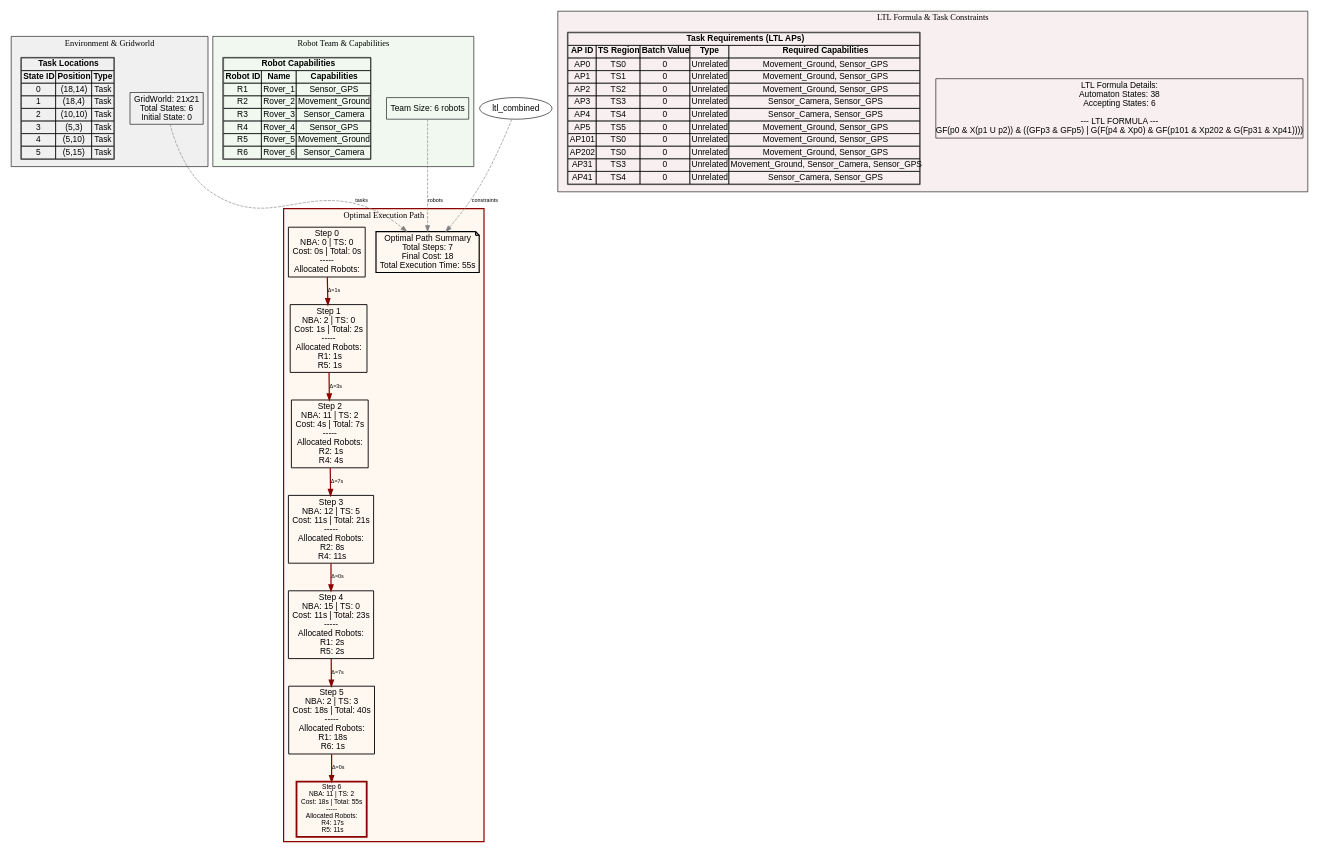
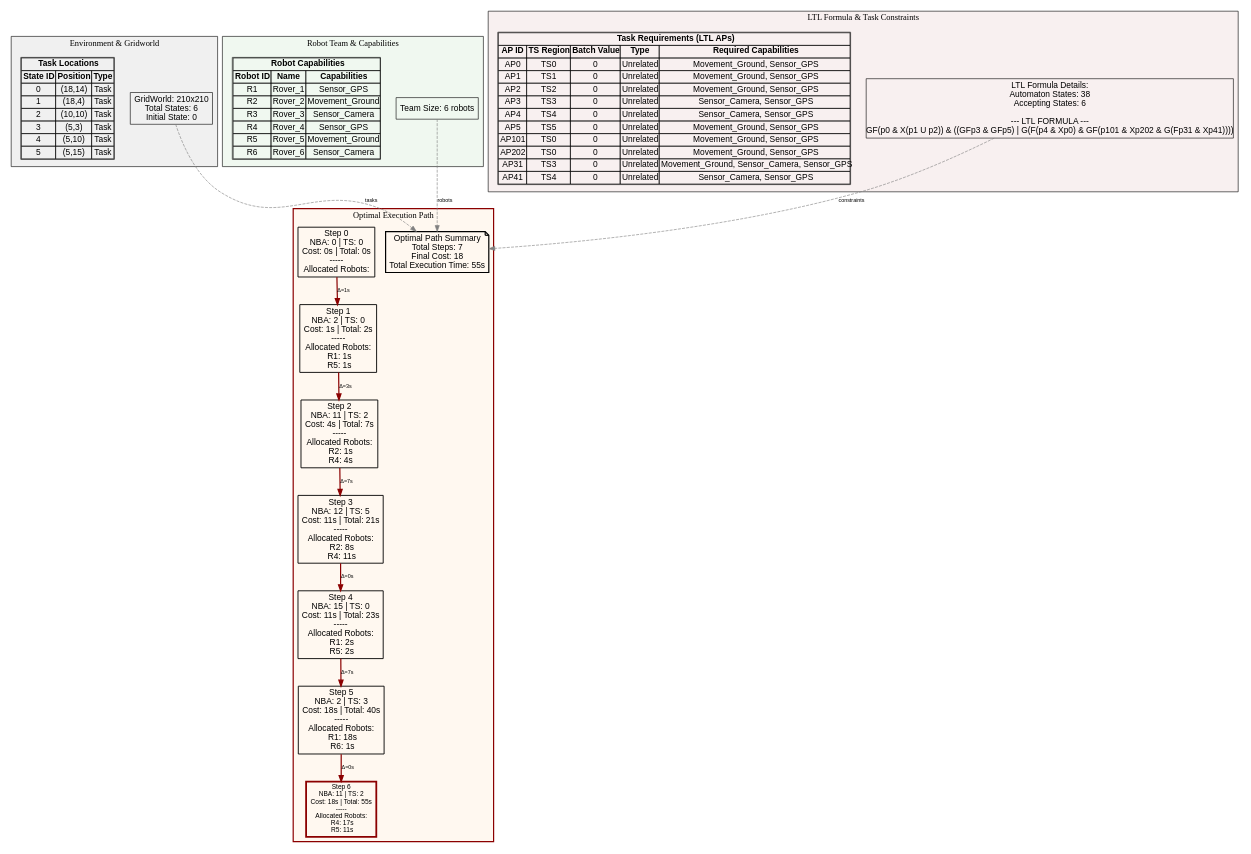
Before and after one commit to jrourke48/HMRTA_TS_GENERATION: the diagram in MCTB-PDT/organizedtests/output/automaton_test_6robots_6_path.dot.dot, drawn with Graphviz. The commit also changed 126 other files, not shown here.

```diff
--- a/MCTB-PDT/organizedtests/output/automaton_test_6robots_6_path.dot.dot
+++ b/MCTB-PDT/organizedtests/output/automaton_test_6robots_6_path.dot.dot
@@ -1,107 +1,107 @@
 digraph ComprehensiveOptimalPath {
   rankdir=TB;
   concentrate=true;
   node [fontname=Arial];
   edge [fontname=Arial, fontsize=9];
 
   subgraph cluster_environment {
     label="Environment & Gridworld";
     style=filled;
     fillcolor="#F0F0F0";
     color=black;
 
-    env_info [shape=box, label="GridWorld: 21x21\nTotal States: 6\nInitial State: 0\n", fillcolor="#E8F4F8"];
+    env_info [shape=box, label="GridWorld: 210x210\nTotal States: 6\nInitial State: 0\n", fillcolor="#E8F4F8"];
 
     env_tasks [shape=plaintext, label=<
       <TABLE BORDER="1" CELLBORDER="1" CELLSPACING="0">
         <TR><TD COLSPAN="3"><B>Task Locations</B></TD></TR>
         <TR><TD><B>State ID</B></TD><TD><B>Position</B></TD><TD><B>Type</B></TD></TR>
         <TR><TD>0</TD><TD>(18,14)</TD><TD>Task</TD></TR>
         <TR><TD>1</TD><TD>(18,4)</TD><TD>Task</TD></TR>
         <TR><TD>2</TD><TD>(10,10)</TD><TD>Task</TD></TR>
         <TR><TD>3</TD><TD>(5,3)</TD><TD>Task</TD></TR>
         <TR><TD>4</TD><TD>(5,10)</TD><TD>Task</TD></TR>
         <TR><TD>5</TD><TD>(5,15)</TD><TD>Task</TD></TR>
       </TABLE>
     >];
   }
 
   subgraph cluster_robots {
     label="Robot Team & Capabilities";
     style=filled;
     fillcolor="#F0F8F0";
     color=black;
 
     team_info [shape=box, label="Team Size: 6 robots\n", fillcolor="#E8F8E8"];
 
     robot_caps [shape=plaintext, label=<
       <TABLE BORDER="1" CELLBORDER="1" CELLSPACING="0">
         <TR><TD COLSPAN="3"><B>Robot Capabilities</B></TD></TR>
         <TR><TD><B>Robot ID</B></TD><TD><B>Name</B></TD><TD><B>Capabilities</B></TD></TR>
         <TR><TD>R1</TD><TD>Rover_1</TD><TD>Sensor_GPS</TD></TR>
         <TR><TD>R2</TD><TD>Rover_2</TD><TD>Movement_Ground</TD></TR>
         <TR><TD>R3</TD><TD>Rover_3</TD><TD>Sensor_Camera</TD></TR>
         <TR><TD>R4</TD><TD>Rover_4</TD><TD>Sensor_GPS</TD></TR>
         <TR><TD>R5</TD><TD>Rover_5</TD><TD>Movement_Ground</TD></TR>
         <TR><TD>R6</TD><TD>Rover_6</TD><TD>Sensor_Camera</TD></TR>
       </TABLE>
     >];
   }
 
   subgraph cluster_ltl {
     label="LTL Formula & Task Constraints";
     style=filled;
     fillcolor="#F8F0F0";
     color=black;
 
     ltl_info [shape=box, label="LTL Formula Details:\nAutomaton States: 38\nAccepting States: 6\n\n--- LTL FORMULA ---\nGF(p0 & X(p1 U p2)) & ((GFp3 & GFp5) | G(F(p4 & Xp0) & GF(p101 & Xp202 & G(Fp31 & Xp41))))", fillcolor="#F8E8E8"];
 
     ltl_tasks [shape=plaintext, label=<
       <TABLE BORDER="1" CELLBORDER="1" CELLSPACING="0">
         <TR><TD COLSPAN="5"><B>Task Requirements (LTL APs)</B></TD></TR>
         <TR><TD><B>AP ID</B></TD><TD><B>TS Region</B></TD><TD><B>Batch Value</B></TD><TD><B>Type</B></TD><TD><B>Required Capabilities</B></TD></TR>
         <TR><TD>AP0</TD><TD>TS0</TD><TD>0</TD><TD>Unrelated</TD><TD>Movement_Ground, Sensor_GPS</TD></TR>
         <TR><TD>AP1</TD><TD>TS1</TD><TD>0</TD><TD>Unrelated</TD><TD>Movement_Ground, Sensor_GPS</TD></TR>
         <TR><TD>AP2</TD><TD>TS2</TD><TD>0</TD><TD>Unrelated</TD><TD>Movement_Ground, Sensor_GPS</TD></TR>
         <TR><TD>AP3</TD><TD>TS3</TD><TD>0</TD><TD>Unrelated</TD><TD>Sensor_Camera, Sensor_GPS</TD></TR>
         <TR><TD>AP4</TD><TD>TS4</TD><TD>0</TD><TD>Unrelated</TD><TD>Sensor_Camera, Sensor_GPS</TD></TR>
         <TR><TD>AP5</TD><TD>TS5</TD><TD>0</TD><TD>Unrelated</TD><TD>Movement_Ground, Sensor_GPS</TD></TR>
         <TR><TD>AP101</TD><TD>TS0</TD><TD>0</TD><TD>Unrelated</TD><TD>Movement_Ground, Sensor_GPS</TD></TR>
         <TR><TD>AP202</TD><TD>TS0</TD><TD>0</TD><TD>Unrelated</TD><TD>Movement_Ground, Sensor_GPS</TD></TR>
         <TR><TD>AP31</TD><TD>TS3</TD><TD>0</TD><TD>Unrelated</TD><TD>Movement_Ground, Sensor_Camera, Sensor_GPS</TD></TR>
         <TR><TD>AP41</TD><TD>TS4</TD><TD>0</TD><TD>Unrelated</TD><TD>Sensor_Camera, Sensor_GPS</TD></TR>
       </TABLE>
     >];
   }
 
   subgraph cluster_path {
     label="Optimal Execution Path";
     style=filled;
     fillcolor="#FFF8F0";
     color=darkred;
     penwidth=2;
 
     path_summary [shape=note, label="Optimal Path Summary\nTotal Steps: 7\nFinal Cost: 18\nTotal Execution Time: 55s\n", fillcolor="#FFFFCC", penwidth=2];
 
     opt_0 [shape=box, label="Step 0\nNBA: 0 | TS: 0\nCost: 0s | Total: 0s\n-----\nAllocated Robots:\n", fillcolor="#B3E5FC", penwidth=1.5];
     opt_1 [shape=box, label="Step 1\nNBA: 2 | TS: 0\nCost: 1s | Total: 2s\n-----\nAllocated Robots:\n  R1: 1s\n  R5: 1s\n", fillcolor="#B3E5FC", penwidth=1.5];
     opt_2 [shape=box, label="Step 2\nNBA: 11 | TS: 2\nCost: 4s | Total: 7s\n-----\nAllocated Robots:\n  R2: 1s\n  R4: 4s\n", fillcolor="#B3E5FC", penwidth=1.5];
     opt_3 [shape=box, label="Step 3\nNBA: 12 | TS: 5\nCost: 11s | Total: 21s\n-----\nAllocated Robots:\n  R2: 8s\n  R4: 11s\n", fillcolor="#B3E5FC", penwidth=1.5];
     opt_4 [shape=box, label="Step 4\nNBA: 15 | TS: 0\nCost: 11s | Total: 23s\n-----\nAllocated Robots:\n  R1: 2s\n  R5: 2s\n", fillcolor="#B3E5FC", penwidth=1.5];
     opt_5 [shape=box, label="Step 5\nNBA: 2 | TS: 3\nCost: 18s | Total: 40s\n-----\nAllocated Robots:\n  R1: 18s\n  R6: 1s\n", fillcolor="#B3E5FC", penwidth=1.5];
     opt_6 [shape=box, label="Step 6\nNBA: 11 | TS: 2\nCost: 18s | Total: 55s\n-----\nAllocated Robots:\n  R4: 17s\n  R5: 11s\n", fillcolor="#FF6B6B", penwidth=3, color=darkred, fontweight=bold, fontsize=11];
 
     opt_0 -> opt_1 [label="Δ=1s", penwidth=2, color=darkred];
     opt_1 -> opt_2 [label="Δ=3s", penwidth=2, color=darkred];
     opt_2 -> opt_3 [label="Δ=7s", penwidth=2, color=darkred];
     opt_3 -> opt_4 [label="Δ=0s", penwidth=2, color=darkred];
     opt_4 -> opt_5 [label="Δ=7s", penwidth=2, color=darkred];
     opt_5 -> opt_6 [label="Δ=0s", penwidth=2, color=darkred];
   }
 
   // Connections between clusters
   env_info -> path_summary [style=dashed, color=gray, label="tasks"];
   team_info -> path_summary [style=dashed, color=gray, label="robots"];
-  ltl_combined -> path_summary [style=dashed, color=gray, label="constraints"];
+  ltl_info -> path_summary [style=dashed, color=gray, label="constraints"];
 
 }
```
